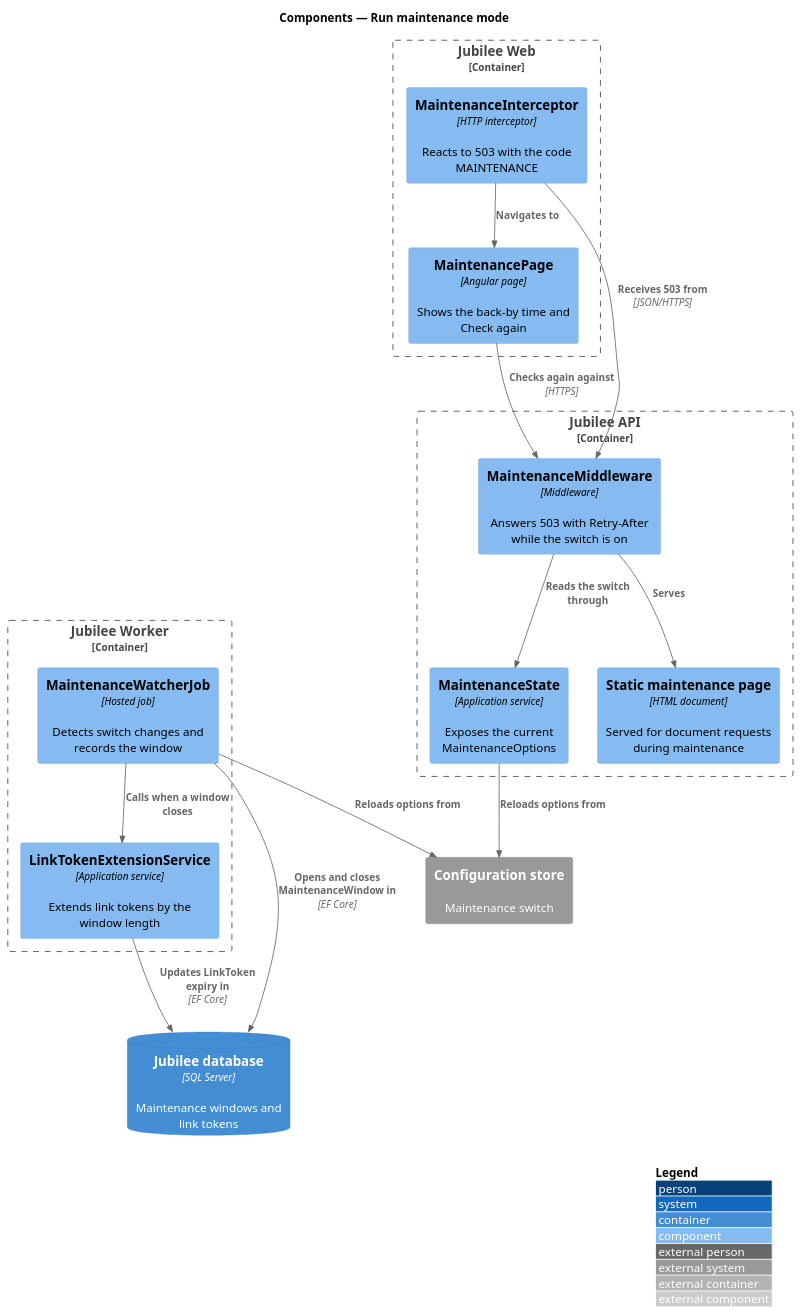
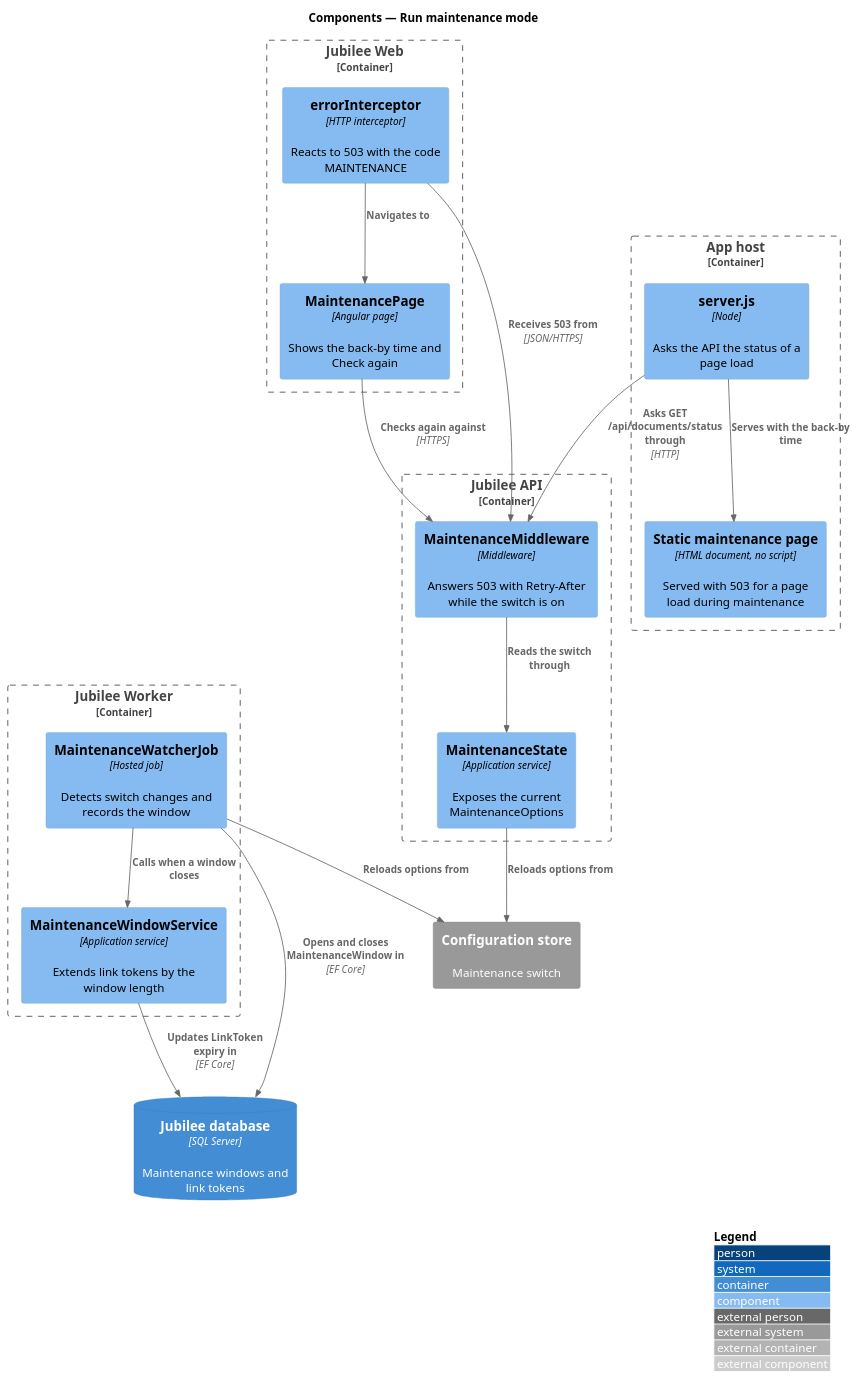
One commit to QuinntyneBrown/jubilee changed the diagram in docs/detailed-designs/system-pages/run-maintenance-mode/diagrams/c4-component.puml. Above: the diagram before and after it, drawn with PlantUML. The commit also changed 23 other files, not shown here.

First line of the commit message:
Requirements, designs and ADR 0056 for finishing journey 23: kept slugs and their 301, page-load statuses from the app's host, static error and maintenance pages, and the team's e-mail of an access request

```diff
--- a/docs/detailed-designs/system-pages/run-maintenance-mode/diagrams/c4-component.puml
+++ b/docs/detailed-designs/system-pages/run-maintenance-mode/diagrams/c4-component.puml
@@ -1,31 +1,35 @@
 @startuml
 !include <C4/C4_Component>
 LAYOUT_WITH_LEGEND()
 title Components — Run maintenance mode
 Container_Boundary(web, "Jubilee Web") {
-  Component(interceptor, "MaintenanceInterceptor", "HTTP interceptor", "Reacts to 503 with the code MAINTENANCE")
+  Component(interceptor, "errorInterceptor", "HTTP interceptor", "Reacts to 503 with the code MAINTENANCE")
   Component(page, "MaintenancePage", "Angular page", "Shows the back-by time and Check again")
 }
 Container_Boundary(api, "Jubilee API") {
   Component(mw, "MaintenanceMiddleware", "Middleware", "Answers 503 with Retry-After while the switch is on")
   Component(state, "MaintenanceState", "Application service", "Exposes the current MaintenanceOptions")
-  Component(staticpage, "Static maintenance page", "HTML document", "Served for document requests during maintenance")
+}
+Container_Boundary(hostb, "App host") {
+  Component(host, "server.js", "Node", "Asks the API the status of a page load")
+  Component(staticpage, "Static maintenance page", "HTML document, no script", "Served with 503 for a page load during maintenance")
 }
 Container_Boundary(worker, "Jubilee Worker") {
   Component(watcher, "MaintenanceWatcherJob", "Hosted job", "Detects switch changes and records the window")
-  Component(ext, "LinkTokenExtensionService", "Application service", "Extends link tokens by the window length")
+  Component(ext, "MaintenanceWindowService", "Application service", "Extends link tokens by the window length")
 }
 ContainerDb(db, "Jubilee database", "SQL Server", "Maintenance windows and link tokens")
 System_Ext(config, "Configuration store", "Maintenance switch")
 
 Rel(interceptor, mw, "Receives 503 from", "JSON/HTTPS")
 Rel(interceptor, page, "Navigates to")
 Rel(page, mw, "Checks again against", "HTTPS")
 Rel(mw, state, "Reads the switch through")
-Rel(mw, staticpage, "Serves")
+Rel(host, mw, "Asks GET /api/documents/status through", "HTTP")
+Rel(host, staticpage, "Serves with the back-by time")
 Rel(state, config, "Reloads options from")
 Rel(watcher, config, "Reloads options from")
 Rel(watcher, db, "Opens and closes MaintenanceWindow in", "EF Core")
 Rel(watcher, ext, "Calls when a window closes")
 Rel(ext, db, "Updates LinkToken expiry in", "EF Core")
 @enduml
```
